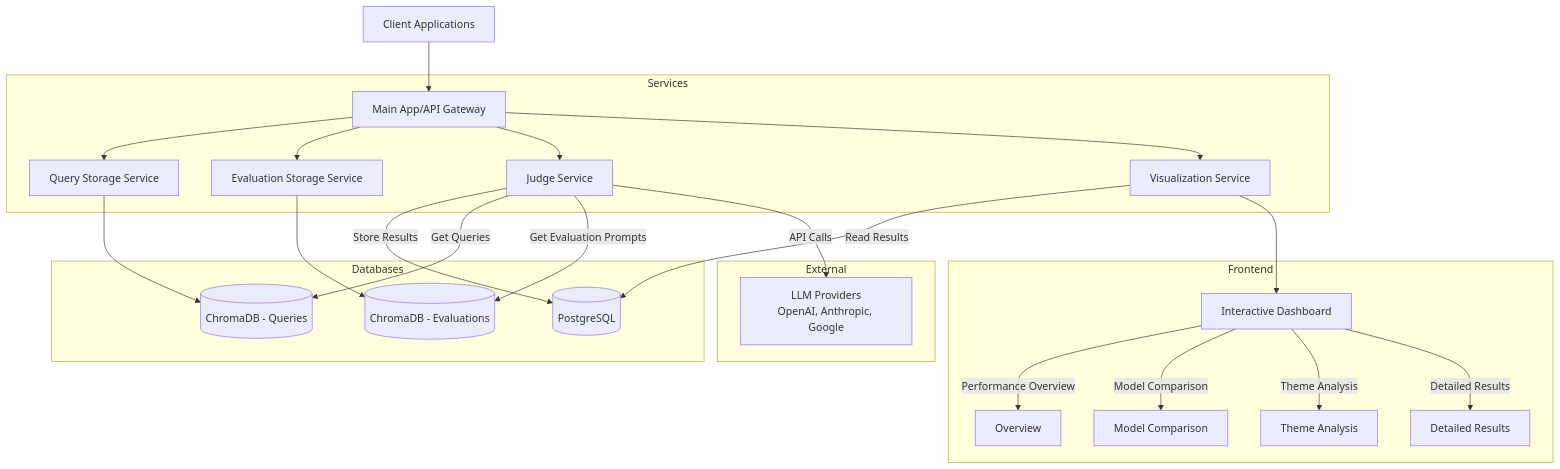
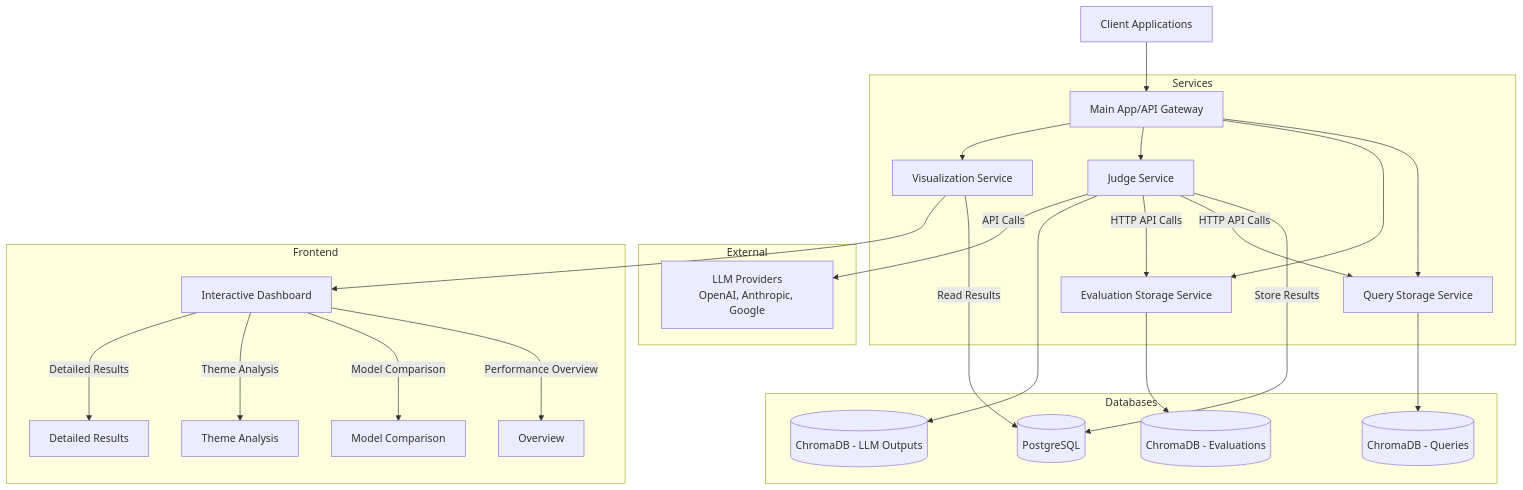
One commit to rbownes/Argus changed the diagram in README.md. Above: the diagram before and after it, drawn with Mermaid. The commit also changed other lines of this file and 14 other files, not shown here.

````diff
--- a/README.md
+++ b/README.md
@@ -32,32 +32,33 @@
 ```mermaid
 graph TB
     Client[Client Applications] --> Gateway[Main App/API Gateway]
     
     subgraph Services
         Gateway --> QueryStorage[Query Storage Service]
         Gateway --> EvalStorage[Evaluation Storage Service]
         Gateway --> Judge[Judge Service]
         Gateway --> Viz[Visualization Service]
     end
     
     subgraph Databases
         QueryStorage --> ChromaQuery[(ChromaDB - Queries)]
         EvalStorage --> ChromaEval[(ChromaDB - Evaluations)]
         Judge --> |Store Results| Postgres[(PostgreSQL)]
-        Judge --> |Get Queries| ChromaQuery
-        Judge --> |Get Evaluation Prompts| ChromaEval
+        Judge --> |HTTP API Calls| QueryStorage
+        Judge --> |HTTP API Calls| EvalStorage
+        Judge --> ChromaJudge[(ChromaDB - LLM Outputs)]
         Viz --> |Read Results| Postgres
     end
     
     subgraph External
         Judge --> |API Calls| LLM[LLM Providers\nOpenAI, Anthropic, Google]
     end
     
     subgraph Frontend
         Viz --> Dashboard[Interactive Dashboard]
         Dashboard --> |Performance Overview| Overview[Overview]
         Dashboard --> |Model Comparison| Comparison[Model Comparison]
         Dashboard --> |Theme Analysis| ThemeView[Theme Analysis]
         Dashboard --> |Detailed Results| Details[Detailed Results]
     end
 ```
````
